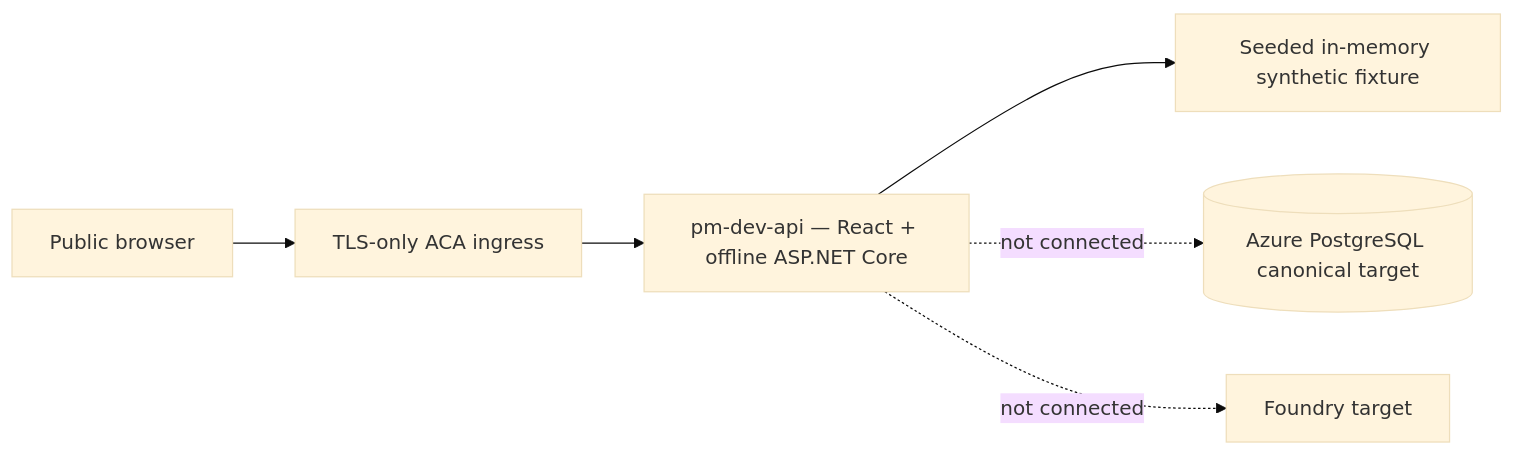
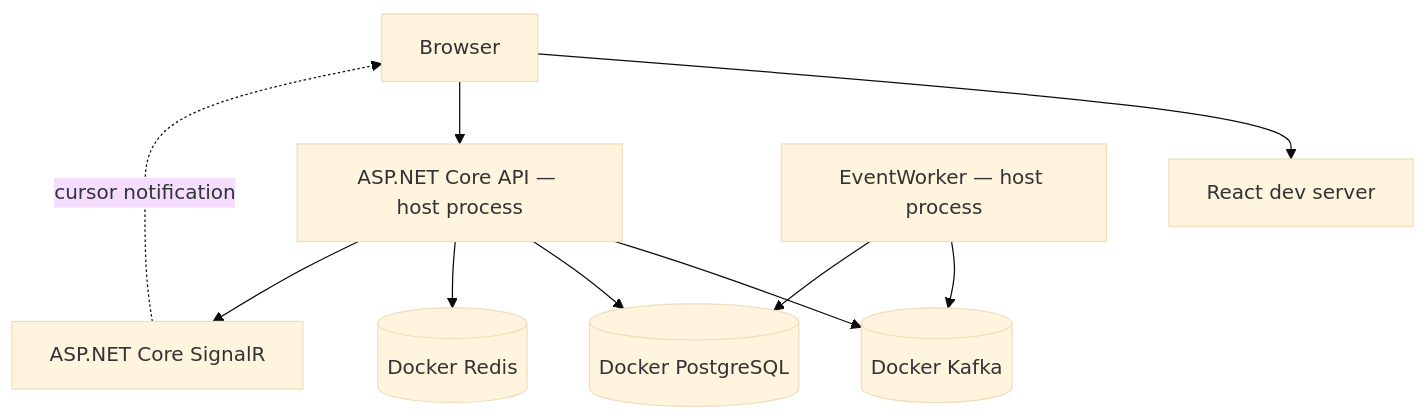
Before and after one commit to prateekgangopadhyay/PitchMind: the fourth of 4 diagrams in README.md, drawn with Mermaid (base theme). The commit also changed other lines of this file and 16 other files, not shown here.

````diff
--- a/README.md
+++ b/README.md
@@ -143,8 +61,12 @@
 ```mermaid
-flowchart LR
-  Browser["Public browser"] --> TLS["TLS-only ACA ingress"]
-  TLS --> API["pm-dev-api — React + offline ASP.NET Core"]
-  API --> Fixture["Seeded in-memory synthetic fixture"]
-  API -. "not connected" .-> PG[("Azure PostgreSQL canonical target")]
-  API -. "not connected" .-> Foundry["Foundry target"]
+flowchart TB
+  Browser["Browser"] --> Vite["React dev server"]
+  Browser --> API["ASP.NET Core API — host process"]
+  API --> Kafka[("Docker Kafka")]
+  Worker["EventWorker — host process"] --> Kafka
+  API --> PostgreSQL[("Docker PostgreSQL")]
+  Worker --> PostgreSQL
+  API --> Redis[("Docker Redis")]
+  API --> SignalR["ASP.NET Core SignalR"]
+  SignalR -. "cursor notification" .-> Browser
 ```
````
